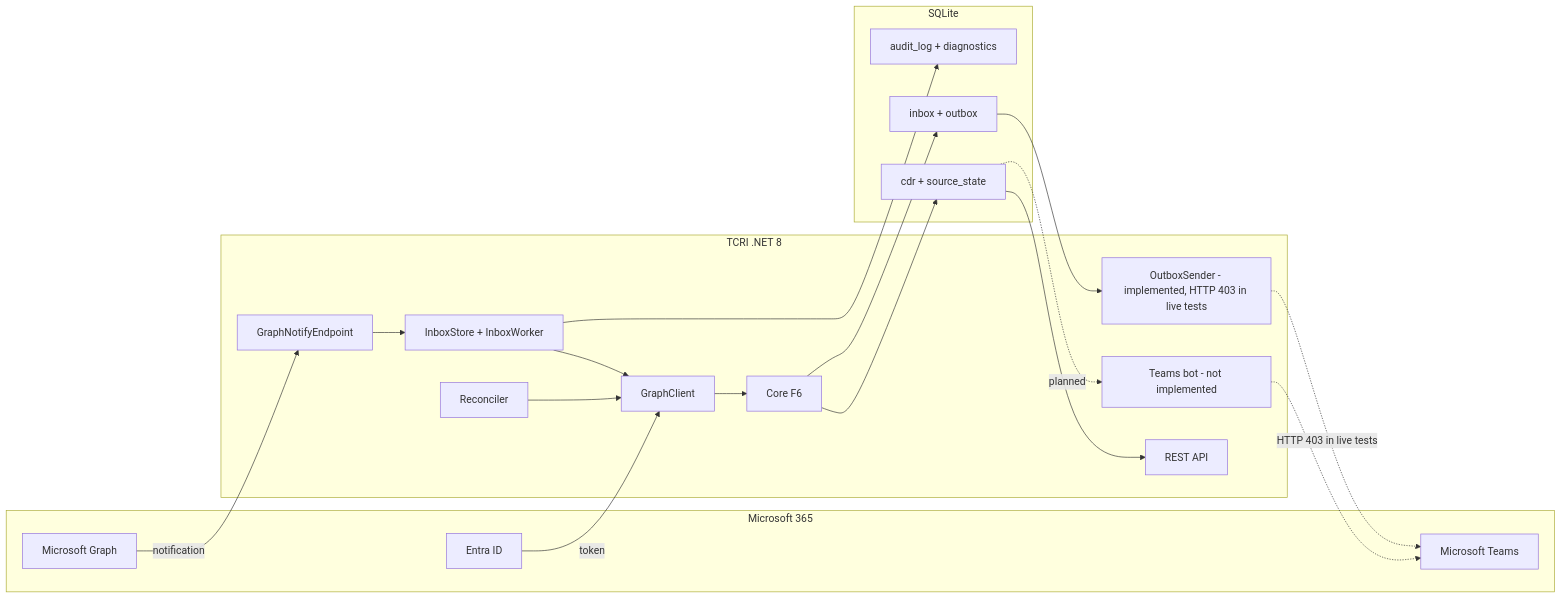
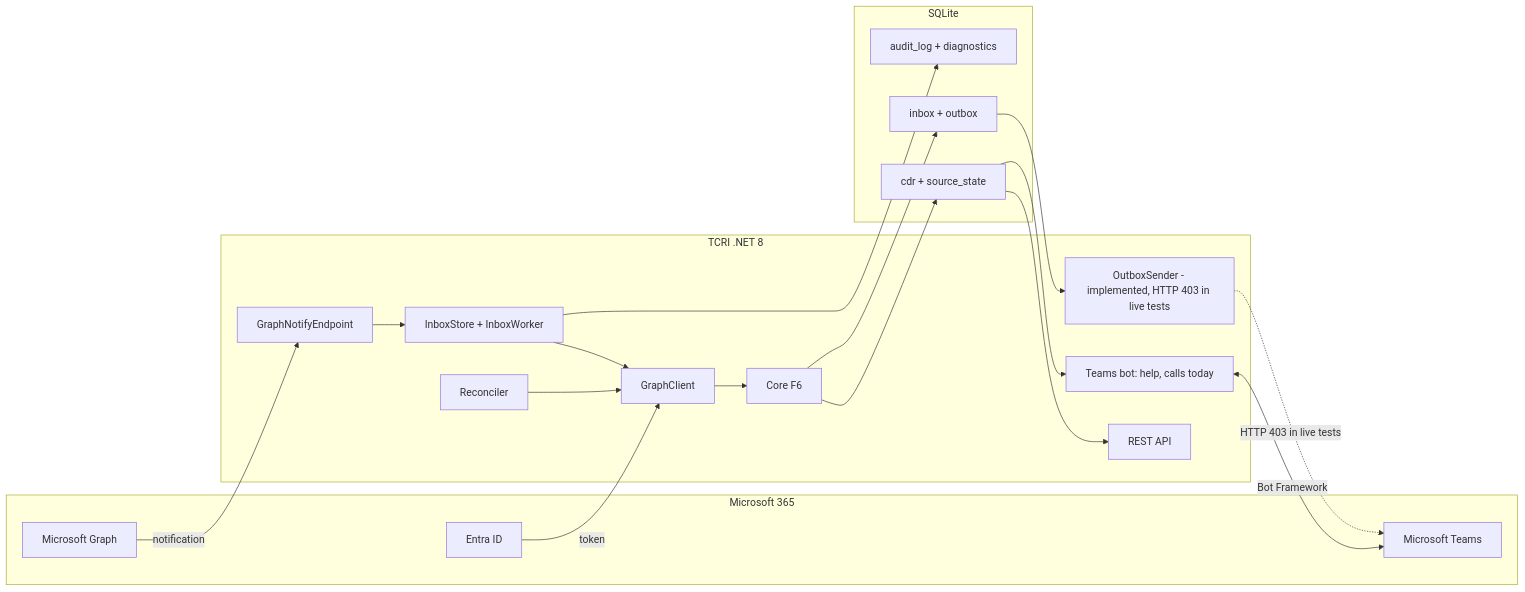
One commit to Andrii-Nikolaiev/teams-call-records-integration changed the first of 2 diagrams in docs/DESIGN.md. Above: the diagram before and after it, drawn with Mermaid. The commit also changed other lines of this file and 4 other files, not shown here.

Commit message:
Add Teams bot documentation: README, CHANGELOG, DESIGN, live test protocol (test 3), live setup Part C

````diff
--- a/docs/DESIGN.md
+++ b/docs/DESIGN.md
@@ -17,30 +17,31 @@
 ```mermaid
 flowchart LR
   subgraph Microsoft365[Microsoft 365]
     Teams[Microsoft Teams]
     Graph[Microsoft Graph]
     Entra[Entra ID]
   end
   subgraph TCRI[TCRI .NET 8]
     WH[GraphNotifyEndpoint]
     IN[InboxStore + InboxWorker]
     GC[GraphClient]
     CORE[Core F6]
     API[REST API]
-    BOT[Teams bot - not implemented]
+    BOT[Teams bot: help, calls today]
     REC[Reconciler]
     OB[OutboxSender - implemented, HTTP 403 in live tests]
   end
   subgraph SQLITE[SQLite]
     STATE[cdr + source_state]
     QUEUE[inbox + outbox]
     AUDIT[audit_log + diagnostics]
   end
   Graph -->|notification| WH --> IN --> GC --> CORE --> STATE
   Entra -->|token| GC
   STATE --> API
-  STATE -.->|planned| BOT -.-> Teams
+  STATE --> BOT
+  BOT <-->|Bot Framework| Teams
   REC --> GC
   CORE --> QUEUE --> OB -.->|HTTP 403 in live tests| Teams
   IN --> AUDIT
 ```
````
